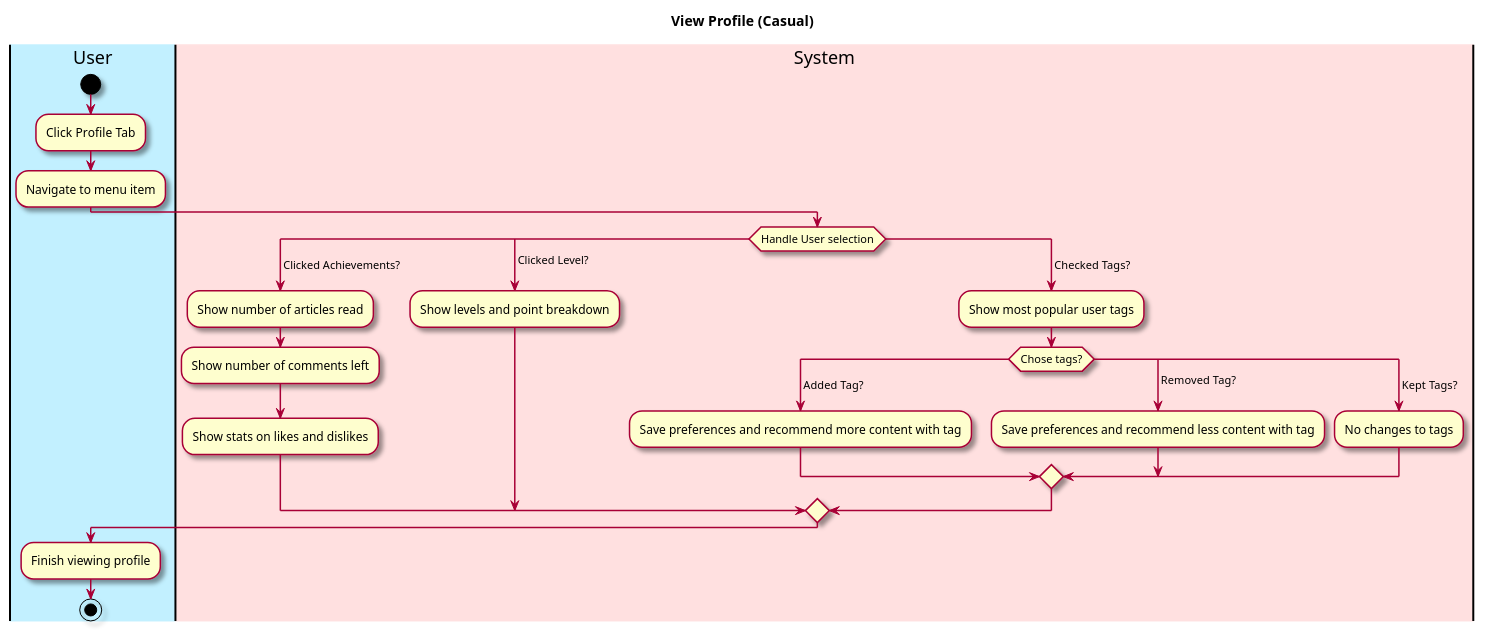
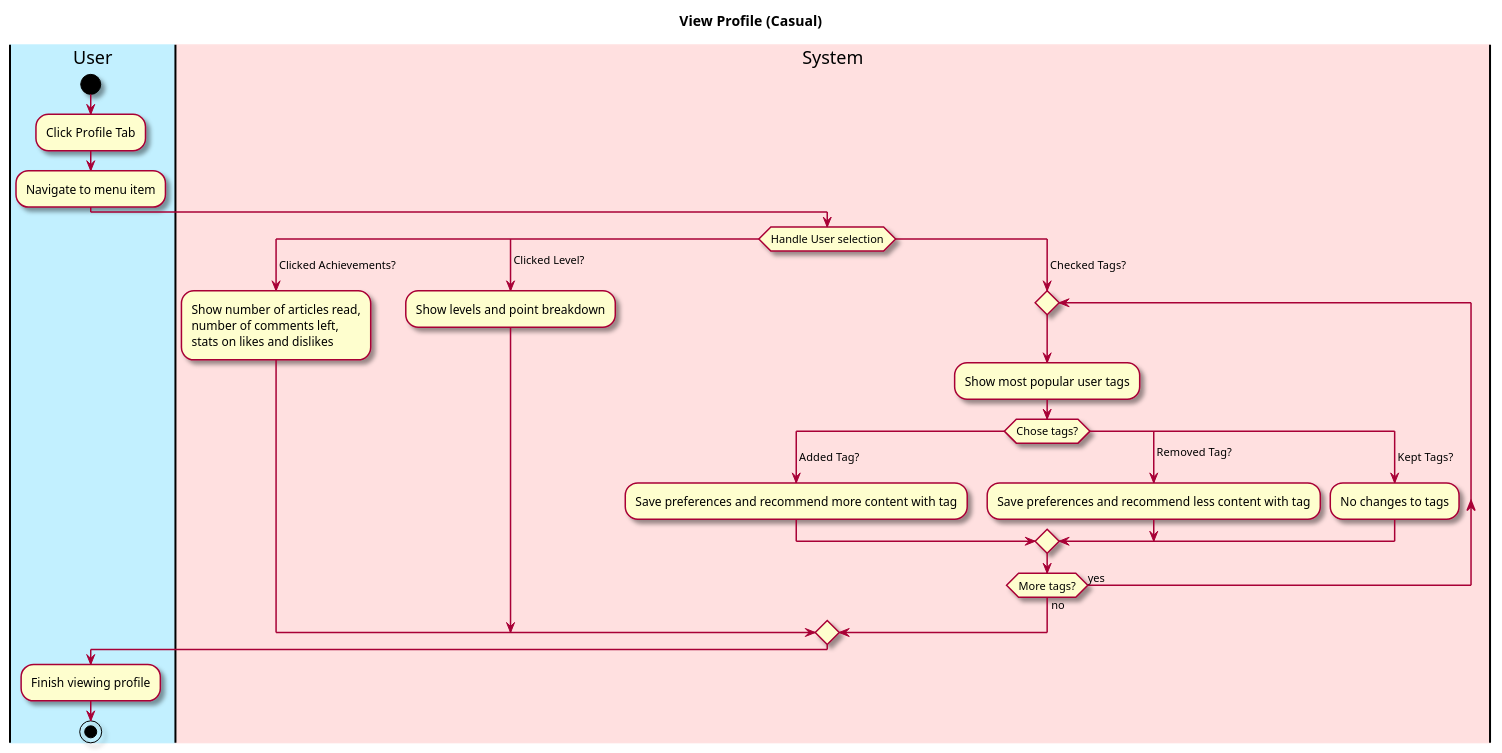
The diagram in intellij/doc/Functional Specification/view-profile.md (owhitleym-ui/EcoScoop), drawn with PlantUML before and after one commit. The commit also changed 12 other files, not shown here.

````diff
--- a/intellij/doc/Functional Specification/view-profile.md
+++ b/intellij/doc/Functional Specification/view-profile.md
@@ -22,51 +22,54 @@
 ```plantuml
 @startuml
 
 skin rose
 
 title View Profile (Casual)
 
 'define the lanes
 |#application|User|
 |#implementation|System|
 
 |User|
 start
 :Click Profile Tab;
 :Navigate to menu item;
 |System|
 switch (Handle User selection)
 case ( Clicked Achievements?)
     |System|
-    :Show number of articles read;
-    :Show number of comments left;
-    :Show stats on likes and dislikes;
+    :Show number of articles read, 
+    number of comments left, 
+    stats on likes and dislikes;
 
 case ( Clicked Level?)
     |System|
     :Show levels and point breakdown;
 
 case ( Checked Tags?)
-    
+    repeat
     :Show most popular user tags;
     |System|
     switch (Chose tags?)
     |System|
     case ( Added Tag?)
     |System|
         :Save preferences and recommend more content with tag;
     case ( Removed Tag?)
     |System|
         :Save preferences and recommend less content with tag;
     case ( Kept Tags?)
     |System|
         :No changes to tags;
     endswitch
+    repeat while (More tags?) is (yes) not (no)
 endswitch
+
+
 
 |User|
 :Finish viewing profile;
 
 stop
 @enduml
 ```
````
